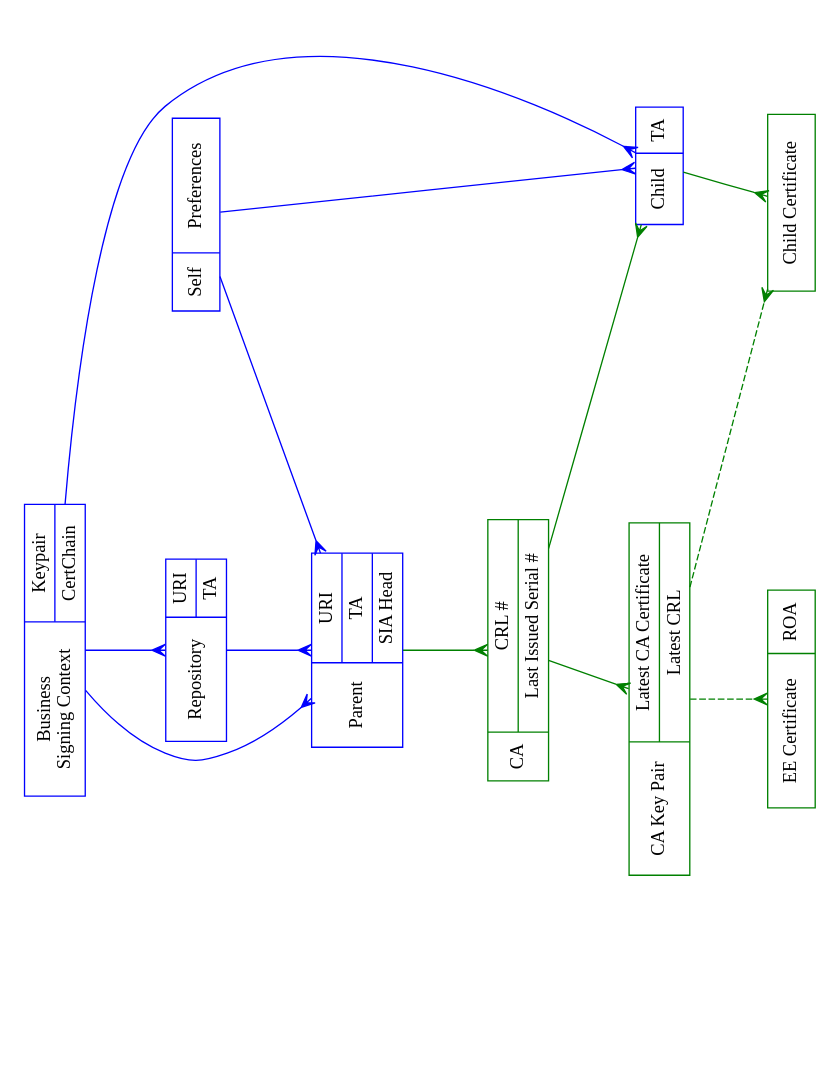
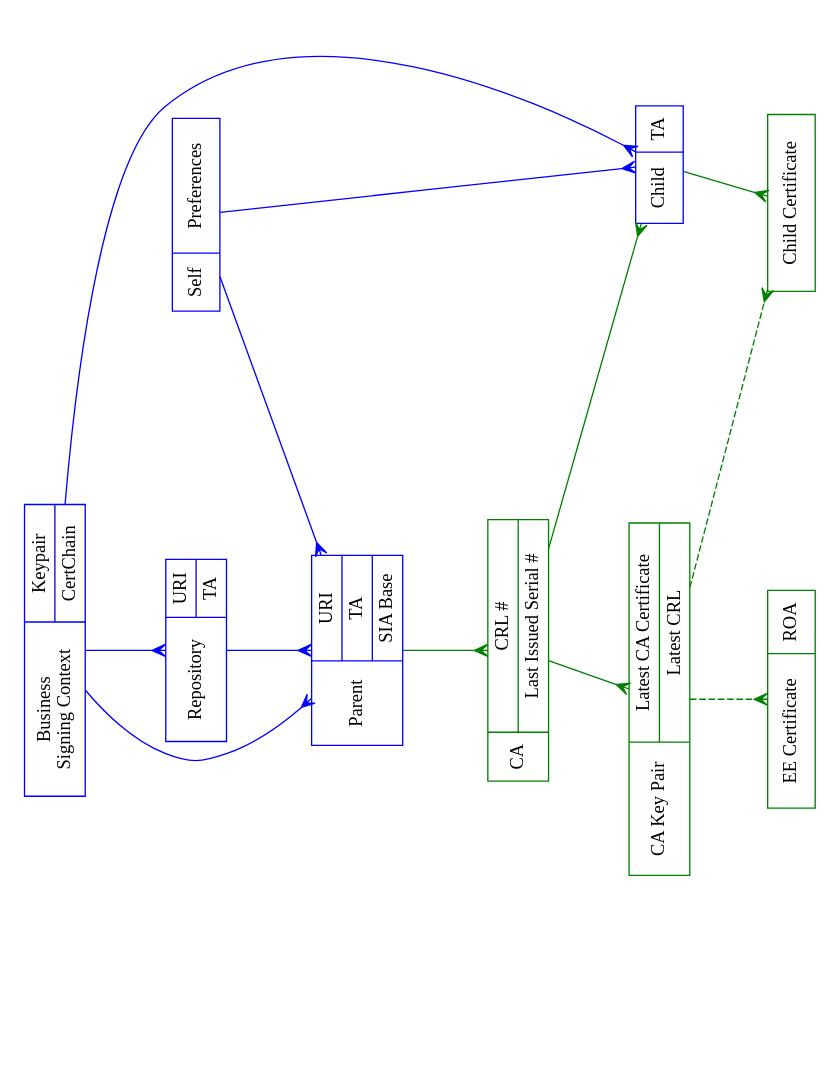
Before and after one commit to dragonresearch/rpki.net: the diagram in docs/repository-engine-objects.dot, drawn with Graphviz. The commit also changed 3 other files, not shown here.

First line of the commit message:
"SIA Head" => "SIA Base"

```diff
--- a/docs/repository-engine-objects.dot
+++ b/docs/repository-engine-objects.dot
@@ -1,61 +1,61 @@
 // $URL$
 // $Id$
 //
 // {arrowhead,arrowtail} shapes indicate database object relationships:
 //   1-  none
 //   m-  crow
 //
 // Color code:
 //   Blue:  visible in left-right protocol
 //   Green: created on the fly
 
 digraph rpki_engine_objects {
 	rotate=90;	size="11,8.5";	splines=true;	ratio=fill;
 	node		[ shape=record ];
 
 	// Objects visible in left-to-right protocol
 	node		[ color=blue ];
 	self		[ label="Self|{Preferences}" ];
-	parent		[ label="Parent|{URI|TA|SIA Head}" ];
+	parent		[ label="Parent|{URI|TA|SIA Base}" ];
 	repo		[ label="Repository|{URI|TA}" ];
 	child		[ label="Child|{TA}" ];
 	biz_sign	[ label="Business\nSigning Context|{Keypair|CertChain}" ];
 
 	// Objects created on the fly by the RPKI engine
 	node		[ color=green ];
 	ca		[ label="CA|{CRL #|Last Issued Serial #}" ];
 	child_cert	[ label="Child Certificate" ];
 	ee_cert		[ label="EE Certificate|{ROA}" ];
 	ca_key_pair	[ label="CA Key Pair|{Latest CA Certificate|Latest CRL}" ];
 
 	// One-many mappings
 	edge [ color=blue, arrowtail=none, arrowhead=crow ];
 	biz_sign -> child;
 	biz_sign -> parent;
 	biz_sign -> repo;
 	self -> child;
 	self -> parent;
 	repo -> parent;
 
 	// This is many-many because each child is an entity, each CA
 	// can have multiple children, and each child can hold certs
 	// from multiple CAs (thanks, RobL).
 	//
 	ca -> child	[ color=green, arrowtail=crow, arrowhead=crow ];
 
 
 	// One-many mappings
 	edge [ color=green, arrowtail=none, arrowhead=crow ];
 	ca -> ca_key_pair;
 	child -> child_cert;
 	parent -> ca;
 
 	// Weird one-many
 	edge [ color=green, arrowtail=none, arrowhead=crow, style=dashed ];
 	ca_key_pair -> child_cert;
 	ca_key_pair -> ee_cert;
 }
 
 // Local Variables:
 // compile-command: "neato -Tps2 repository-engine-objects.dot | ps2pdf - repository-engine-objects.pdf"
 // End:
```
